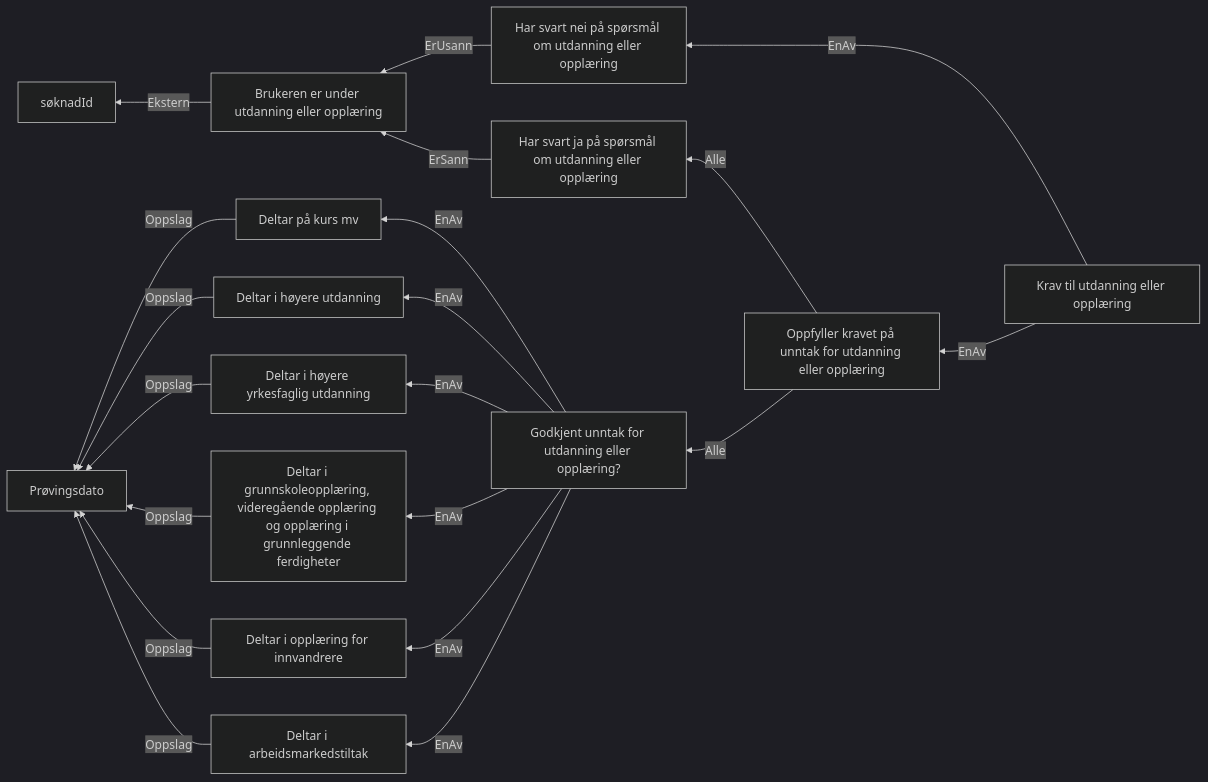
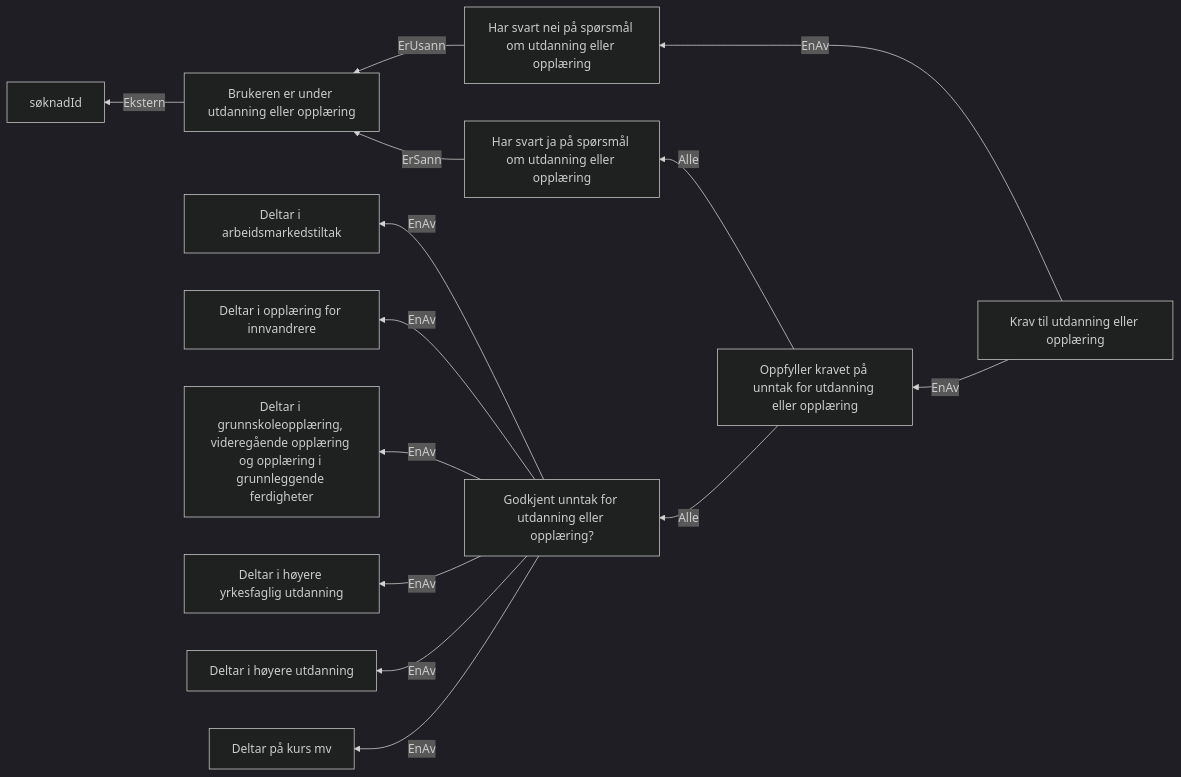
Before and after one commit to navikt/dp-behandling: the diagram in docs/regler/§ 4-6 Utdanning - første og andre avsnitt.approved.md, drawn with Mermaid (dark theme). The commit also changed 26 other files, not shown here.

````diff
--- a/docs/regler/§ 4-6 Utdanning - første og andre avsnitt.approved.md
+++ b/docs/regler/§ 4-6 Utdanning - første og andre avsnitt.approved.md
@@ -5,22 +5,16 @@
 ```mermaid
 graph RL
   A["Brukeren er under utdanning eller opplæring"] -->|"Ekstern"| B["søknadId"]
-  C["Deltar i arbeidsmarkedstiltak"] -->|"Oppslag"| D["Prøvingsdato"]
-  E["Deltar i opplæring for innvandrere"] -->|"Oppslag"| D["Prøvingsdato"]
-  F["Deltar i grunnskoleopplæring, videregående opplæring og opplæring i grunnleggende ferdigheter"] -->|"Oppslag"| D["Prøvingsdato"]
-  G["Deltar i høyere yrkesfaglig utdanning"] -->|"Oppslag"| D["Prøvingsdato"]
-  H["Deltar i høyere utdanning"] -->|"Oppslag"| D["Prøvingsdato"]
-  I["Deltar på kurs mv"] -->|"Oppslag"| D["Prøvingsdato"]
-  J["Godkjent unntak for utdanning eller opplæring?"] -->|"EnAv"| C["Deltar i arbeidsmarkedstiltak"]
-  J["Godkjent unntak for utdanning eller opplæring?"] -->|"EnAv"| E["Deltar i opplæring for innvandrere"]
-  J["Godkjent unntak for utdanning eller opplæring?"] -->|"EnAv"| F["Deltar i grunnskoleopplæring, videregående opplæring og opplæring i grunnleggende ferdigheter"]
-  J["Godkjent unntak for utdanning eller opplæring?"] -->|"EnAv"| G["Deltar i høyere yrkesfaglig utdanning"]
-  J["Godkjent unntak for utdanning eller opplæring?"] -->|"EnAv"| H["Deltar i høyere utdanning"]
-  J["Godkjent unntak for utdanning eller opplæring?"] -->|"EnAv"| I["Deltar på kurs mv"]
-  K["Har svart ja på spørsmål om utdanning eller opplæring"] -->|"ErSann"| A["Brukeren er under utdanning eller opplæring"]
-  L["Har svart nei på spørsmål om utdanning eller opplæring"] -->|"ErUsann"| A["Brukeren er under utdanning eller opplæring"]
-  M["Oppfyller kravet på unntak for utdanning eller opplæring"] -->|"Alle"| K["Har svart ja på spørsmål om utdanning eller opplæring"]
-  M["Oppfyller kravet på unntak for utdanning eller opplæring"] -->|"Alle"| J["Godkjent unntak for utdanning eller opplæring?"]
-  N["Krav til utdanning eller opplæring"] -->|"EnAv"| M["Oppfyller kravet på unntak for utdanning eller opplæring"]
-  N["Krav til utdanning eller opplæring"] -->|"EnAv"| L["Har svart nei på spørsmål om utdanning eller opplæring"]
+  C["Godkjent unntak for utdanning eller opplæring?"] -->|"EnAv"| D["Deltar i arbeidsmarkedstiltak"]
+  C["Godkjent unntak for utdanning eller opplæring?"] -->|"EnAv"| E["Deltar i opplæring for innvandrere"]
+  C["Godkjent unntak for utdanning eller opplæring?"] -->|"EnAv"| F["Deltar i grunnskoleopplæring, videregående opplæring og opplæring i grunnleggende ferdigheter"]
+  C["Godkjent unntak for utdanning eller opplæring?"] -->|"EnAv"| G["Deltar i høyere yrkesfaglig utdanning"]
+  C["Godkjent unntak for utdanning eller opplæring?"] -->|"EnAv"| H["Deltar i høyere utdanning"]
+  C["Godkjent unntak for utdanning eller opplæring?"] -->|"EnAv"| I["Deltar på kurs mv"]
+  J["Har svart ja på spørsmål om utdanning eller opplæring"] -->|"ErSann"| A["Brukeren er under utdanning eller opplæring"]
+  K["Har svart nei på spørsmål om utdanning eller opplæring"] -->|"ErUsann"| A["Brukeren er under utdanning eller opplæring"]
+  L["Oppfyller kravet på unntak for utdanning eller opplæring"] -->|"Alle"| J["Har svart ja på spørsmål om utdanning eller opplæring"]
+  L["Oppfyller kravet på unntak for utdanning eller opplæring"] -->|"Alle"| C["Godkjent unntak for utdanning eller opplæring?"]
+  M["Krav til utdanning eller opplæring"] -->|"EnAv"| L["Oppfyller kravet på unntak for utdanning eller opplæring"]
+  M["Krav til utdanning eller opplæring"] -->|"EnAv"| K["Har svart nei på spørsmål om utdanning eller opplæring"]
 ```
````
